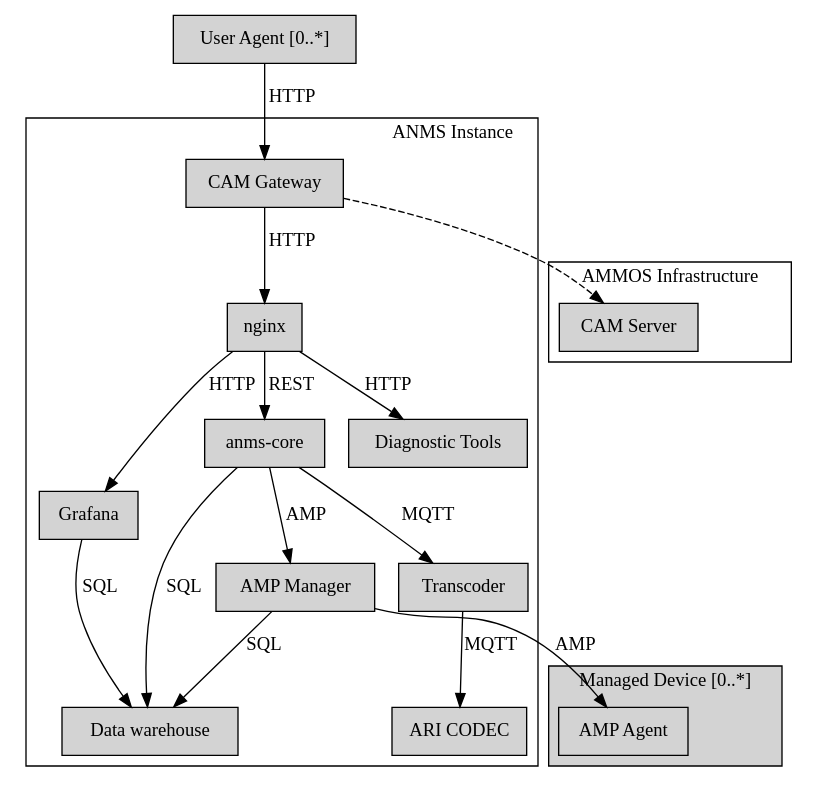
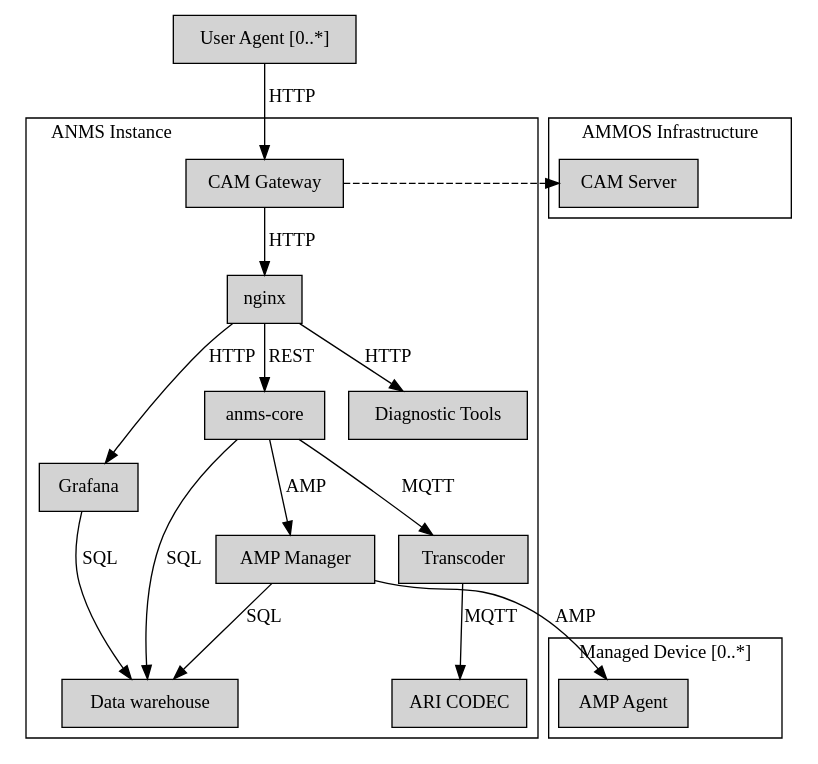
One commit to NASA-AMMOS/anms-docs changed the diagram in product-guide/anms-components-logical.gv. Above: the diagram before and after it, drawn with Graphviz. The commit also changed 2 other files, not shown here.

Commit message:
Reworking diagrams before light version

```diff
--- a/product-guide/anms-components-logical.gv
+++ b/product-guide/anms-components-logical.gv
@@ -1,52 +1,54 @@
 digraph AMMOS {
   node [shape=box,style=filled];
+  newrank=true;
 
   subgraph cluster_ANMS {
     label="ANMS Instance";
-    labeljust=r;
+    labeljust=l;
 
     authnz [label="CAM Gateway" group=main];
     authnz -> nginx [label="HTTP"];
     
     nginx [group=main];
     anms_core [label="anms-core" group=main];
     transcoder [label="Transcoder"];
     aricodec [label="ARI CODEC"];
     amp_manager [label="AMP Manager"];
     
     nginx -> anms_core [label="REST"];
     anms_core -> dw [label="SQL"];
     anms_core -> amp_manager [label="AMP"];
     anms_core -> transcoder -> aricodec [label="MQTT"];
 
     grafana [label="Grafana"];
     nginx -> grafana [label="HTTP"];
 
     diagnostic [label="Diagnostic Tools"];
     nginx -> diagnostic [label="HTTP"];
 
     dw [label="Data warehouse"];
     amp_manager -> dw [label="SQL"];
     grafana -> dw [label="SQL"];
   }
 
   subgraph cluster_infra {
     label="AMMOS Infrastructure";
     labeljust=r;
 
     cam_server [label="CAM Server"];
   }
   authnz -> cam_server [style=dashed];
 
   user [label="User Agent [0..*]"];
   user -> authnz [label="HTTP"];
 
   subgraph cluster_agents {
     label="Managed Device [0..*]";
     labeljust=r;
-    style=filled;
 
     amp_agent [label="AMP Agent"];
     amp_manager -> amp_agent [label="AMP"];
   }
+
+  { rank = same; authnz; cam_server; }
 }
```
